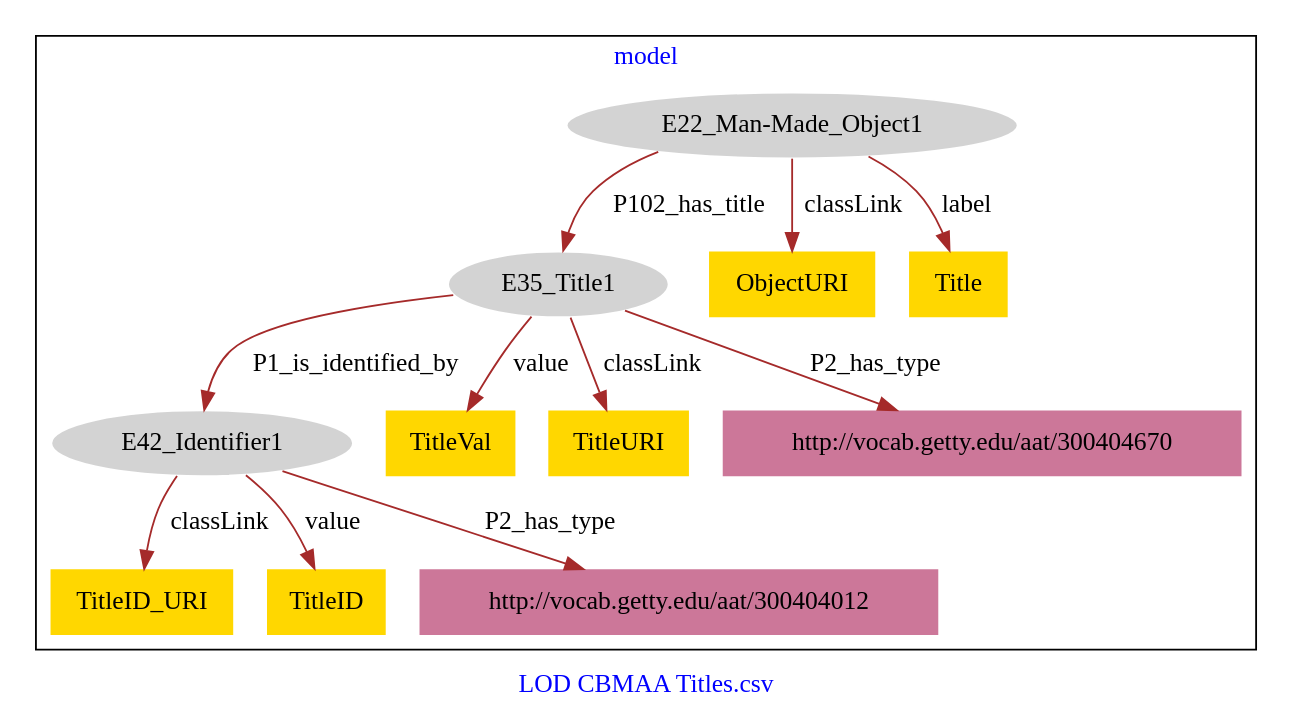
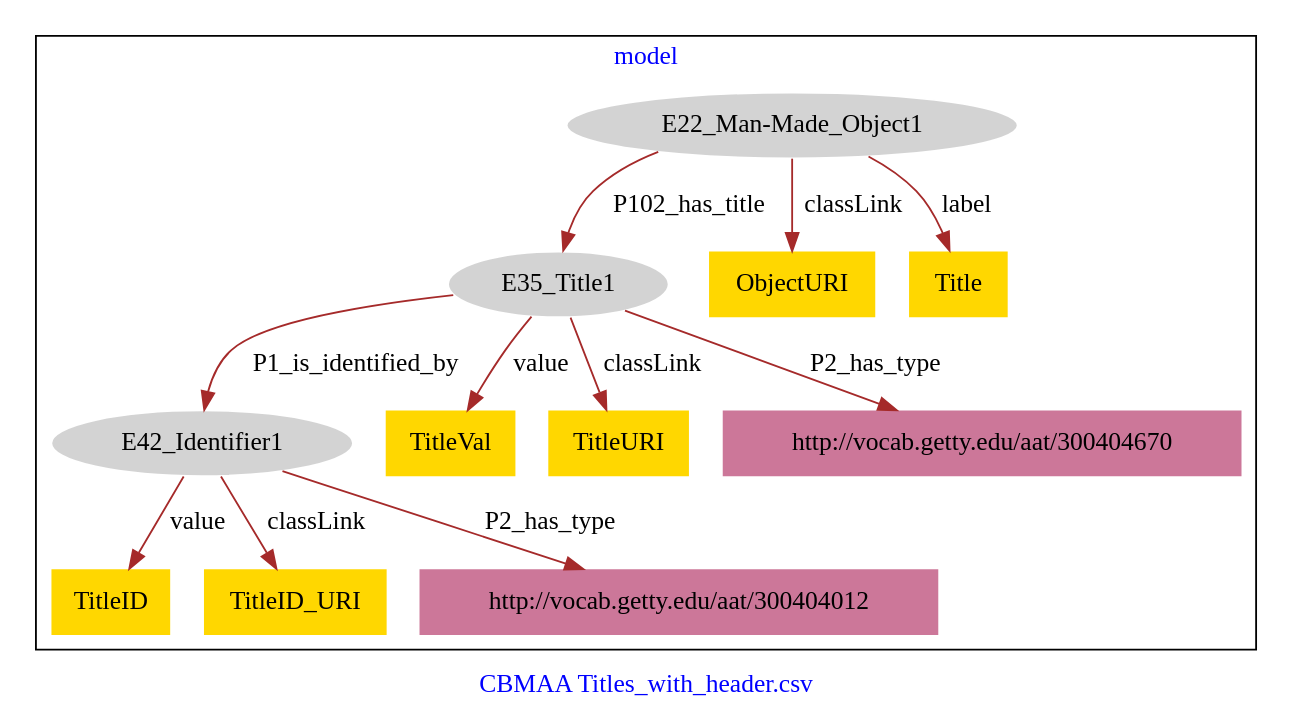
Before and after one commit to american-art/cbm: the diagram in CBMAA_Titles/CBMAA_Titles-model.dot, drawn with Graphviz.

Commit message:
Update file CBMAA_Titles-model.dot

```diff
--- a/CBMAA_Titles/CBMAA_Titles-model.dot
+++ b/CBMAA_Titles/CBMAA_Titles-model.dot
@@ -1,29 +1,29 @@
 digraph n0 {
 fontcolor="blue"
 remincross="true"
-label="LOD CBMAA Titles.csv"
+label="CBMAA Titles_with_header.csv"
 subgraph cluster {
 label="model"
 n2[style="filled",color="white",fillcolor="lightgray",label="E22_Man-Made_Object1"];
 n3[style="filled",color="white",fillcolor="lightgray",label="E35_Title1"];
 n4[style="filled",color="white",fillcolor="lightgray",label="E42_Identifier1"];
-n5[shape="plaintext",style="filled",fillcolor="gold",label="TitleVal"];
-n6[shape="plaintext",style="filled",fillcolor="gold",label="ObjectURI"];
-n7[shape="plaintext",style="filled",fillcolor="gold",label="TitleID_URI"];
-n8[shape="plaintext",style="filled",fillcolor="gold",label="Title"];
-n9[shape="plaintext",style="filled",fillcolor="gold",label="TitleID"];
-n10[shape="plaintext",style="filled",fillcolor="gold",label="TitleURI"];
+n5[shape="plaintext",style="filled",fillcolor="gold",label="TitleID"];
+n6[shape="plaintext",style="filled",fillcolor="gold",label="TitleVal"];
+n7[shape="plaintext",style="filled",fillcolor="gold",label="TitleURI"];
+n8[shape="plaintext",style="filled",fillcolor="gold",label="ObjectURI"];
+n9[shape="plaintext",style="filled",fillcolor="gold",label="Title"];
+n10[shape="plaintext",style="filled",fillcolor="gold",label="TitleID_URI"];
 n11[shape="plaintext",style="filled",fillcolor="#CC7799",label="http://vocab.getty.edu/aat/300404012"];
 n12[shape="plaintext",style="filled",fillcolor="#CC7799",label="http://vocab.getty.edu/aat/300404670"];
 }
 n2 -> n3[color="brown",fontcolor="black",label="P102_has_title"]
 n3 -> n4[color="brown",fontcolor="black",label="P1_is_identified_by"]
-n3 -> n5[color="brown",fontcolor="black",label="value"]
-n2 -> n6[color="brown",fontcolor="black",label="classLink"]
-n4 -> n7[color="brown",fontcolor="black",label="classLink"]
-n2 -> n8[color="brown",fontcolor="black",label="label"]
-n4 -> n9[color="brown",fontcolor="black",label="value"]
-n3 -> n10[color="brown",fontcolor="black",label="classLink"]
+n4 -> n5[color="brown",fontcolor="black",label="value"]
+n3 -> n6[color="brown",fontcolor="black",label="value"]
+n3 -> n7[color="brown",fontcolor="black",label="classLink"]
+n2 -> n8[color="brown",fontcolor="black",label="classLink"]
+n2 -> n9[color="brown",fontcolor="black",label="label"]
+n4 -> n10[color="brown",fontcolor="black",label="classLink"]
 n4 -> n11[color="brown",fontcolor="black",label="P2_has_type"]
 n3 -> n12[color="brown",fontcolor="black",label="P2_has_type"]
 }
```
